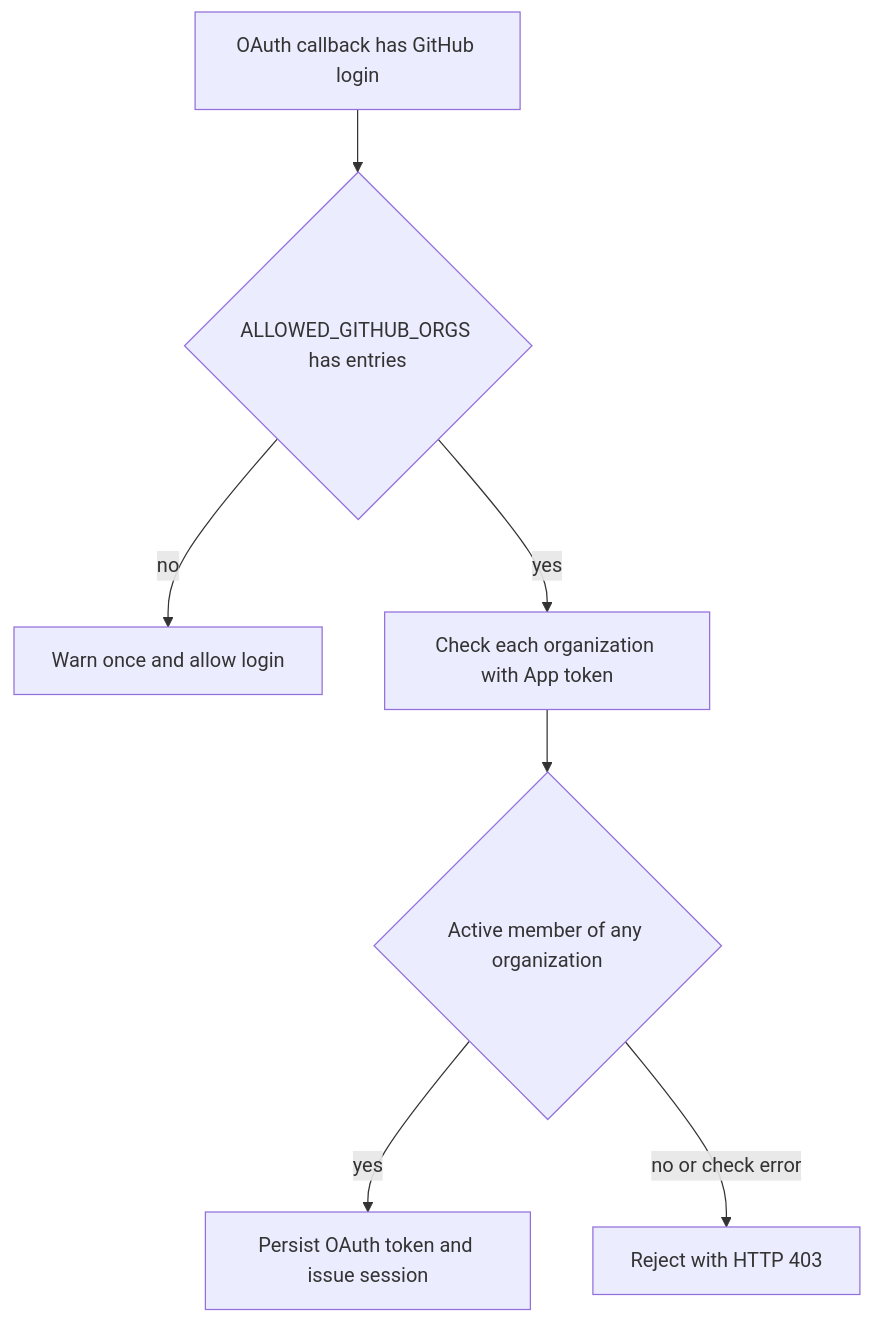
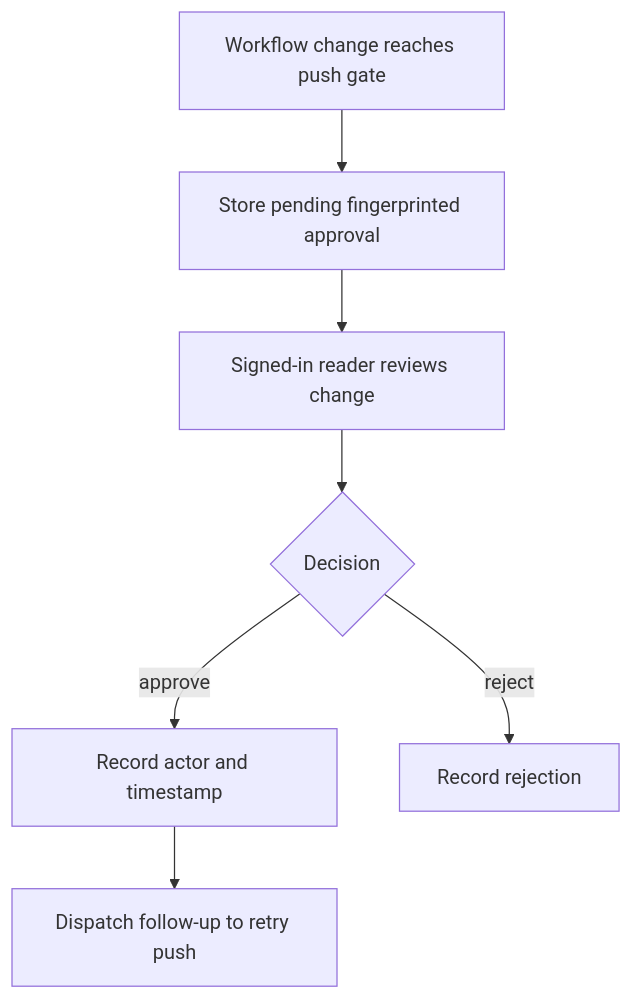
The second of 2 diagrams in openwiki/concepts/auth-and-security.md (langchain-ai/open-swe), drawn with Mermaid before and after one commit. The commit also changed other lines of this file and 52 other files, not shown here.

````diff
--- a/openwiki/concepts/auth-and-security.md
+++ b/openwiki/concepts/auth-and-security.md
@@ -129,9 +160,9 @@
 ```mermaid
 flowchart TD
-    A["OAuth callback has GitHub login"] --> B{"ALLOWED_GITHUB_ORGS has entries"}
-    B -- "no" --> C["Warn once and allow login"]
-    B -- "yes" --> D["Check each organization with App token"]
-    D --> E{"Active member of any organization"}
-    E -- "yes" --> F["Persist OAuth token and issue session"]
-    E -- "no or check error" --> G["Reject with HTTP 403"]
+    A["Workflow change reaches push gate"] --> B["Store pending fingerprinted approval"]
+    B --> C["Signed-in reader reviews change"]
+    C --> D{"Decision"}
+    D -- "approve" --> E["Record actor and timestamp"]
+    E --> F["Dispatch follow-up to retry push"]
+    D -- "reject" --> G["Record rejection"]
 ```
````
